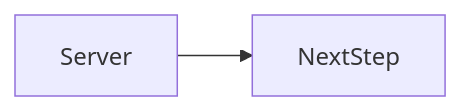
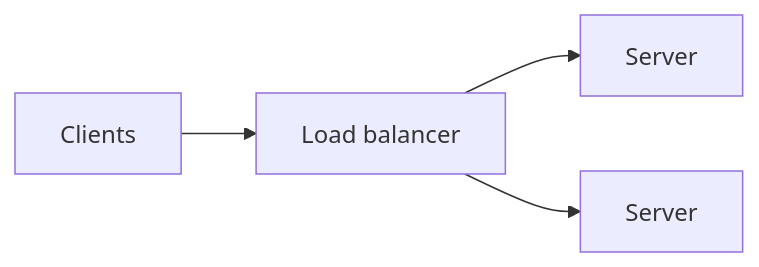
The second of 2 diagrams in docs/en/02-internet/server/index.md (OmidJavaherii/Frontend-Engineering-Handbook), drawn with Mermaid before and after one commit. The commit also changed other lines of this file and 461 other files, not shown here.

````diff
--- a/docs/en/02-internet/server/index.md
+++ b/docs/en/02-internet/server/index.md
@@ -94,4 +106,5 @@
 ```mermaid
 flowchart LR
-  concept[Server] --> nextStep[NextStep]
+  Clients --> LB[Load balancer] --> S1[Server]
+  LB --> S2[Server]
 ```
````
